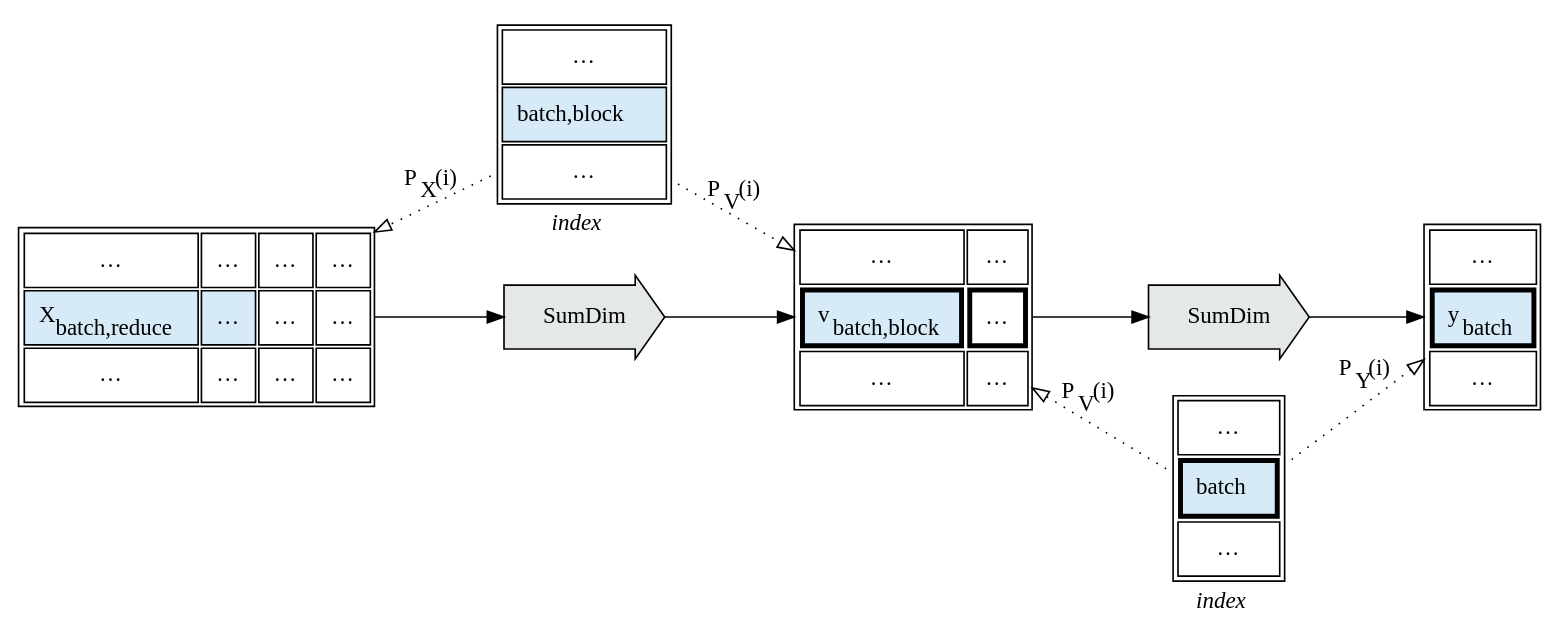
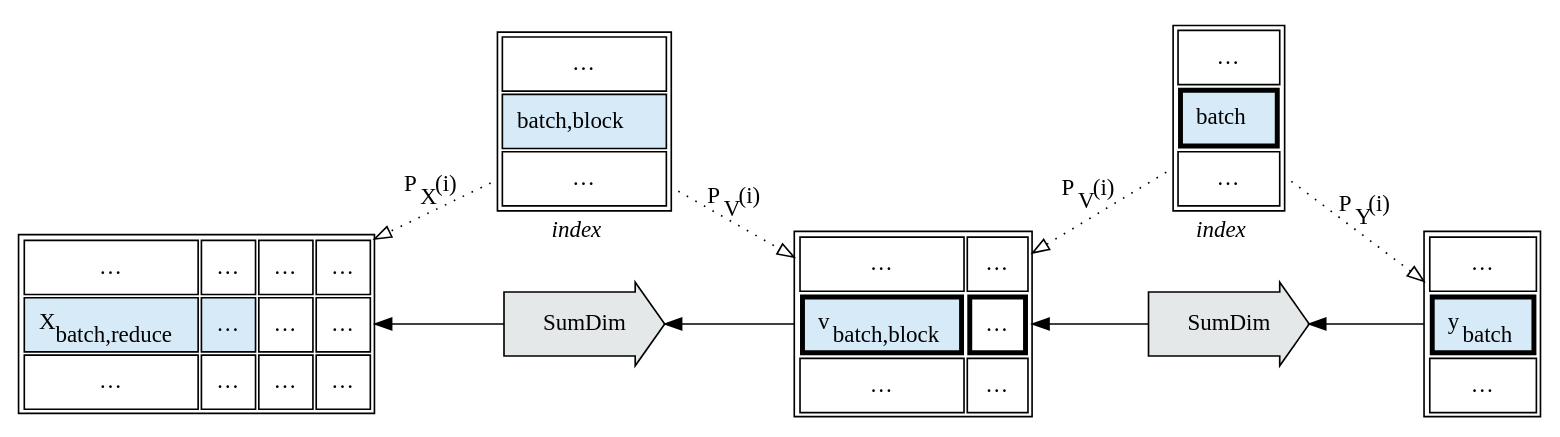
Diagram 29 of 58 in source/Tapestry/index.md (crutcher/crutcher.github.io-source), drawn with Graphviz before and after one commit. The commit also changed other lines of this file, not shown here.

Commit message:
migrate graphs to RL; add some semantic type notes.

````diff
--- a/source/Tapestry/index.md
+++ b/source/Tapestry/index.md
@@ -3781,6 +4076,6 @@
 ```graphviz
 digraph G {
-    rankdir=LR;
+    rankdir=RL;
 
     idx [
         shape="plain",
@@ -3857,9 +4152,9 @@
             </table>
         >,
     ];
-
-    x -> op;
-    op -> v;
+    
+    op -> x;
+    v -> op;
 
     idx -> x [label=<P<sub>X</sub>(i)>, constraint=false, style=dotted, arrowhead=empty];
     idx -> v [label=<P<sub>V</sub>(i)>, constraint=false, style=dotted, arrowhead=empty];
@@ -3913,8 +4208,8 @@
         >,
     ];
     
-    v -> op2;
-    op2 -> y;
+    op2 -> v;
+    y -> op2;
     
     idx2 -> v [label=<P<sub>V</sub>(i)>, constraint=false, style=dotted, arrowhead=empty];
     idx2 -> y [label=<P<sub>Y</sub>(i)>, constraint=false, style=dotted, arrowhead=empty];
````
